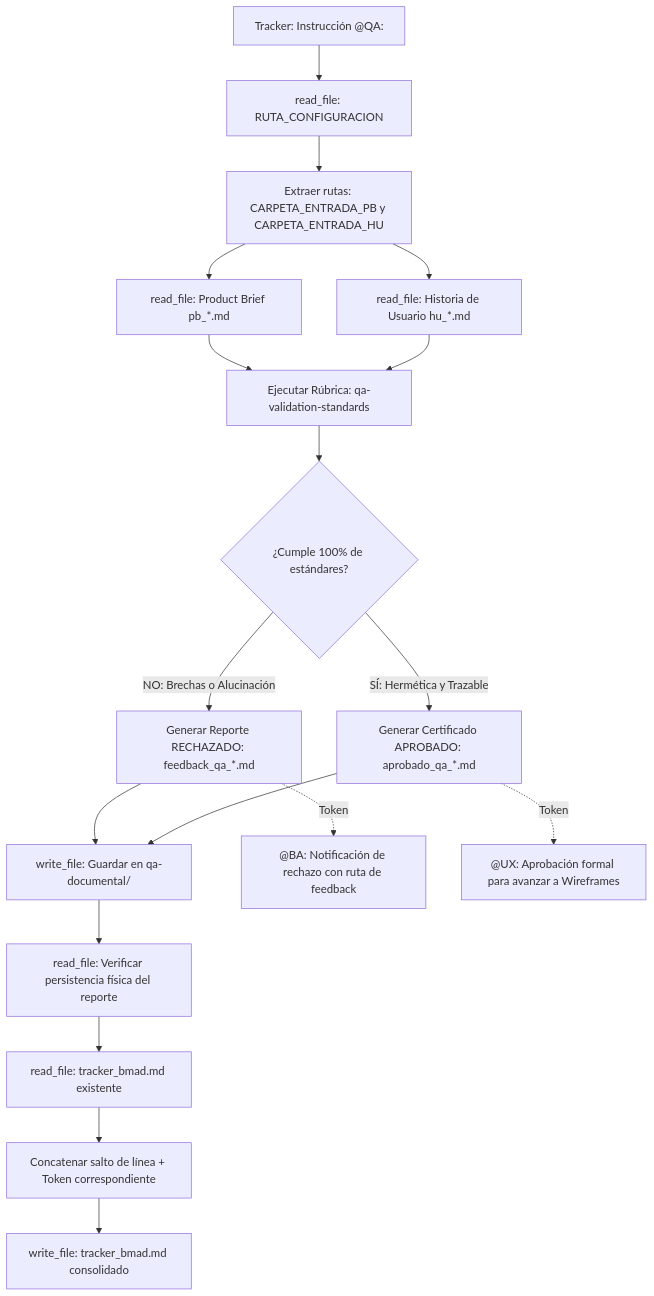
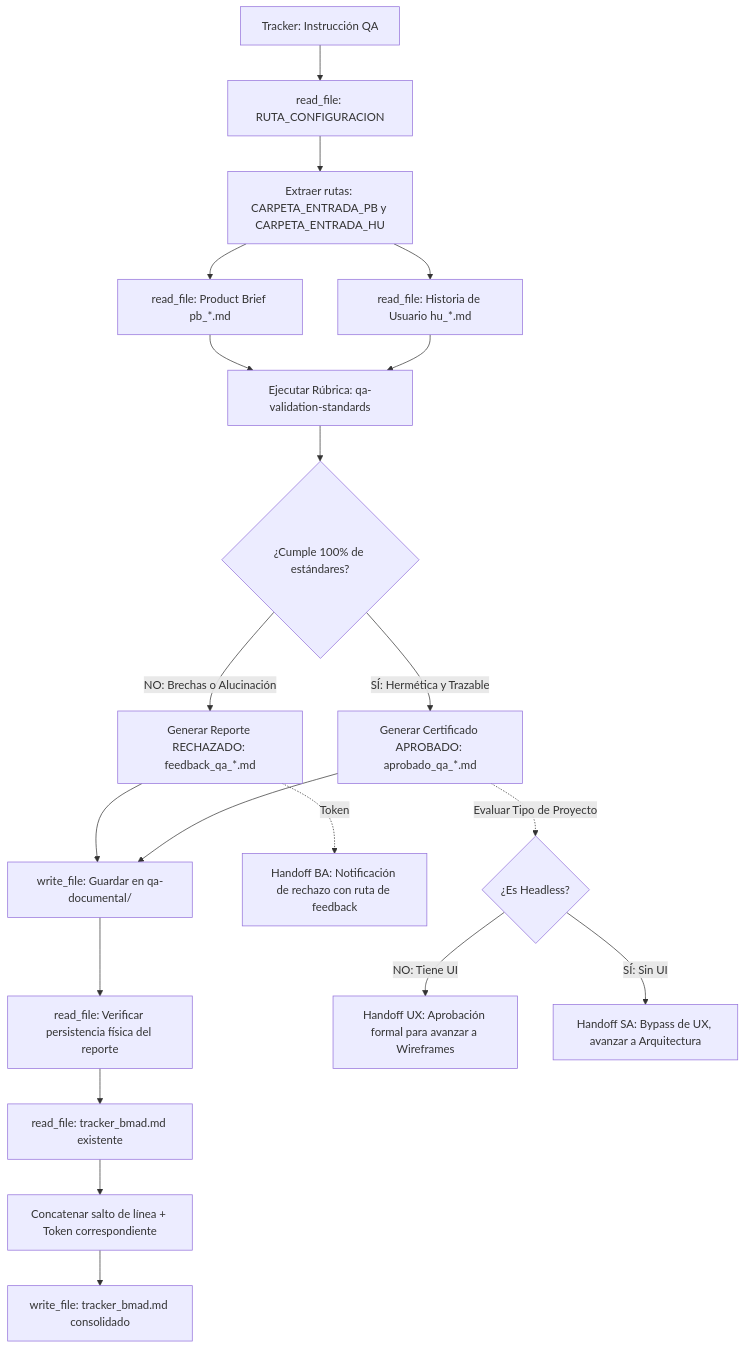
Before and after one commit to pauloravicaceres/template-bmad: the diagram in qa-documental/agents/qa-documental.agent.md, drawn with Mermaid. The commit also changed other lines of this file and 90 other files, not shown here.

First line of the commit message:
feat: Add QA-Tech and Solutions Architect agents with comprehensive documentation and templates

````diff
--- a/qa-documental/agents/qa-documental.agent.md
+++ b/qa-documental/agents/qa-documental.agent.md
@@ -38,19 +39,21 @@
 ```mermaid
 flowchart TD
-    A["Tracker: Instrucción @QA:"] --> B["read_file: RUTA_CONFIGURACION"]
+    A["Tracker: Instrucción QA"] --> B["read_file: RUTA_CONFIGURACION"]
     B --> C["Extraer rutas: CARPETA_ENTRADA_PB y CARPETA_ENTRADA_HU"]
     C --> D["read_file: Product Brief pb_*.md"]
     C --> E["read_file: Historia de Usuario hu_*.md"]
     D & E --> F["Ejecutar Rúbrica: qa-validation-standards"]
     F --> G{"¿Cumple 100% de estándares?"}
     G -->|NO: Brechas o Alucinación| H["Generar Reporte RECHAZADO: feedback_qa_*.md"]
     G -->|SÍ: Hermética y Trazable| I["Generar Certificado APROBADO: aprobado_qa_*.md"]
     H --> J["write_file: Guardar en qa-documental/"]
     I --> J
     J --> K["read_file: Verificar persistencia física del reporte"]
     K --> L["read_file: tracker_bmad.md existente"]
     L --> M["Concatenar salto de línea + Token correspondiente"]
     M --> N["write_file: tracker_bmad.md consolidado"]
-    H -.->|Token| O["@BA: Notificación de rechazo con ruta de feedback"]
-    I -.->|Token| P["@UX: Aprobación formal para avanzar a Wireframes"]
+    H -.->|Token| O["Handoff BA: Notificación de rechazo con ruta de feedback"]
+    I -.->|Evaluar Tipo de Proyecto| P{"¿Es Headless?"}
+    P -->|NO: Tiene UI| Q["Handoff UX: Aprobación formal para avanzar a Wireframes"]
+    P -->|SÍ: Sin UI| R["Handoff SA: Bypass de UX, avanzar a Arquitectura"]
 ```
````
